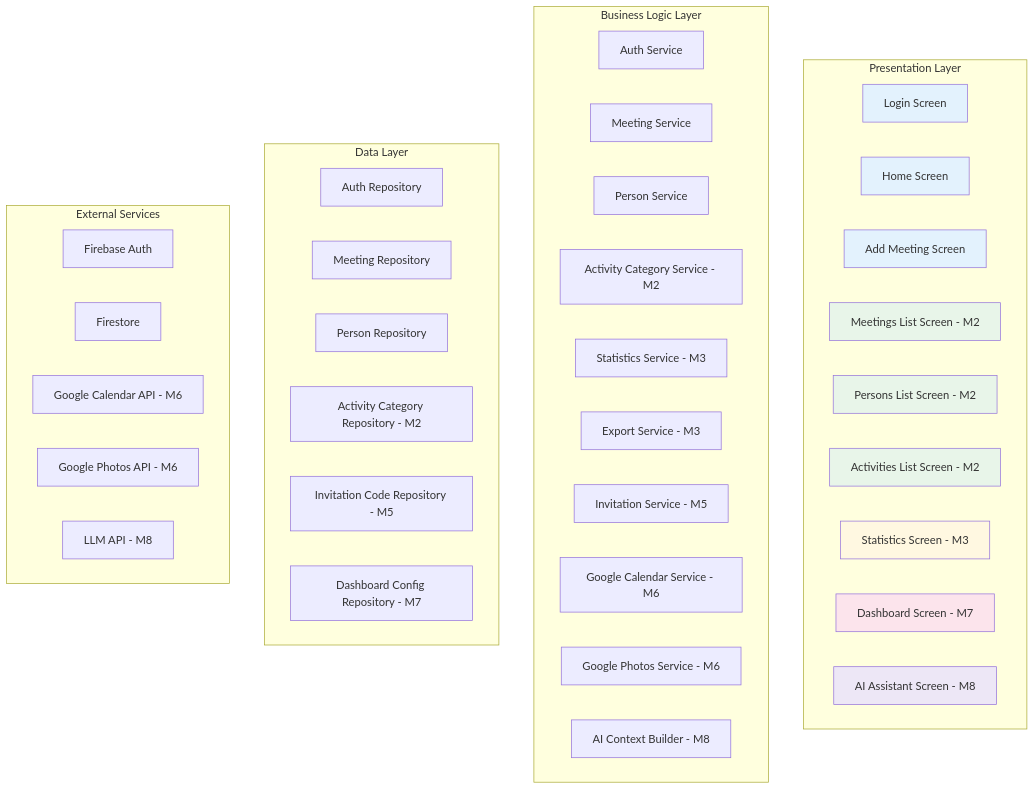
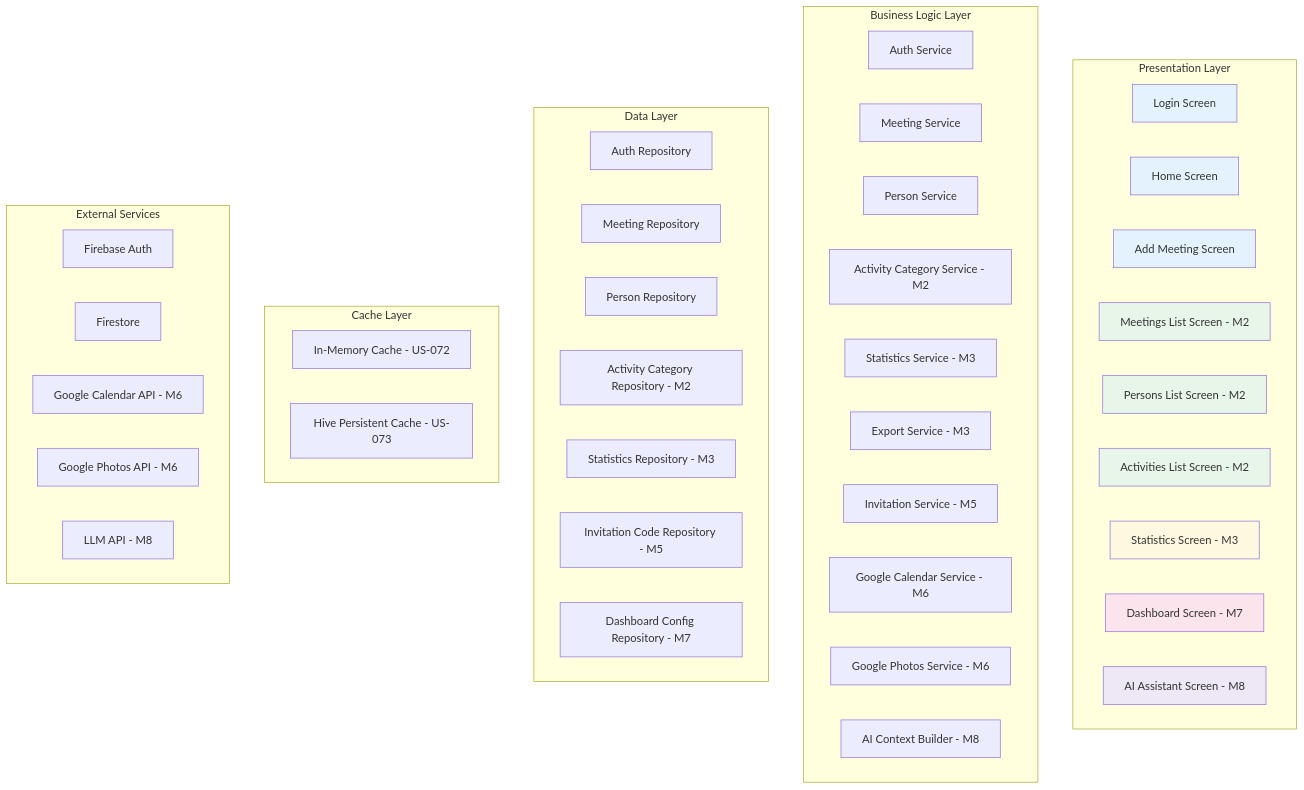
Before and after one commit to aleksanderginalski/Friendsheet-App: the third of 5 diagrams in docs/architecture.md, drawn with Mermaid. The commit also changed other lines of this file and 1 other file, not shown here.

````diff
--- a/docs/architecture.md
+++ b/docs/architecture.md
@@ -124,54 +126,60 @@
 ```mermaid
 graph TB
     subgraph "Presentation Layer"
         A1[Login Screen]
         A2[Home Screen]
         A3[Add Meeting Screen]
         A4[Meetings List Screen - M2]
         A5[Persons List Screen - M2]
         A6[Activities List Screen - M2]
         A7[Statistics Screen - M3]
         A8[Dashboard Screen - M7]
         A9[AI Assistant Screen - M8]
     end
     
     subgraph "Business Logic Layer"
         B1[Auth Service]
         B2[Meeting Service]
         B3[Person Service]
         B4[Activity Category Service - M2]
         B5[Statistics Service - M3]
         B6[Export Service - M3]
         B7[Invitation Service - M5]
         B8[Google Calendar Service - M6]
         B8b[Google Photos Service - M6]
         B9[AI Context Builder - M8]
     end
     
     subgraph "Data Layer"
         C1[Auth Repository]
         C2[Meeting Repository]
         C3[Person Repository]
         C4[Activity Category Repository - M2]
-        C5[Invitation Code Repository - M5]
-        C6[Dashboard Config Repository - M7]
+        C5[Statistics Repository - M3]
+        C6[Invitation Code Repository - M5]
+        C7[Dashboard Config Repository - M7]
+    end
+    
+    subgraph "Cache Layer"
+        CA1[In-Memory Cache - US-072]
+        CA2[Hive Persistent Cache - US-073]
     end
     
     subgraph "External Services"
         D1[Firebase Auth]
         D2[Firestore]
         D3[Google Calendar API - M6]
         D3b[Google Photos API - M6]
         D4[LLM API - M8]
     end
     
     style A1 fill:#E3F2FD
     style A2 fill:#E3F2FD
     style A3 fill:#E3F2FD
     style A4 fill:#E8F5E9
     style A5 fill:#E8F5E9
     style A6 fill:#E8F5E9
     style A7 fill:#FFF8E1
     style A8 fill:#FCE4EC
     style A9 fill:#EDE7F6
 ```
````
